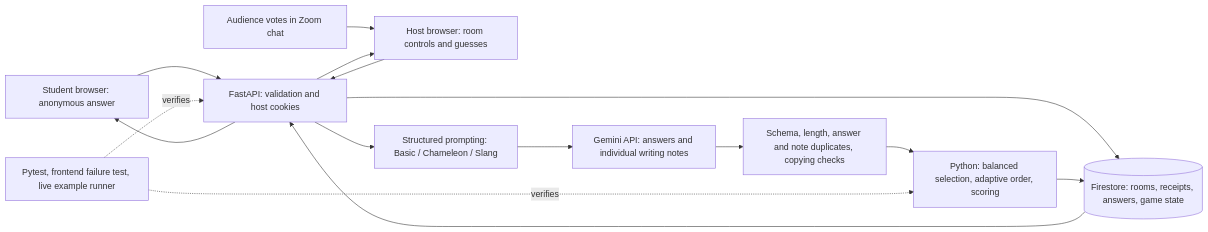
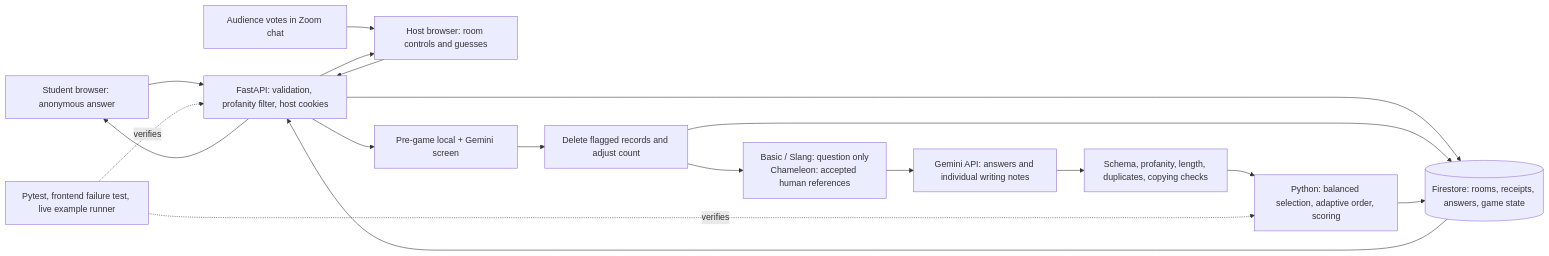
The diagram in diagrams/architecture.mmd (isalcedo1121/guess-the-human), drawn with Mermaid before and after one commit. The commit also changed 10 other files, not shown here.

```diff
--- a/diagrams/architecture.mmd
+++ b/diagrams/architecture.mmd
@@ -1,15 +1,18 @@
 flowchart LR
-  Student[Student browser: anonymous answer] --> API[FastAPI: validation and host cookies]
+  Student[Student browser: anonymous answer] --> API[FastAPI: validation, profanity filter, host cookies]
   Host[Host browser: room controls and guesses] --> API
   Audience[Audience votes in Zoom chat] --> Host
   API --> DB[(Firestore: rooms, receipts, answers, game state)]
-  API --> Generator[Structured prompting: Basic / Chameleon / Slang]
+  API --> Screen[Pre-game local + Gemini screen]
+  Screen --> Clean[Delete flagged records and adjust count]
+  Clean --> DB
+  Clean --> Generator["Basic / Slang: question only<br/>Chameleon: accepted human references"]
   Generator --> Gemini[Gemini API: answers and individual writing notes]
-  Gemini --> Guard[Schema, length, answer and note duplicates, copying checks]
+  Gemini --> Guard[Schema, profanity, length, duplicates, copying checks]
   Guard --> Logic[Python: balanced selection, adaptive order, scoring]
   Logic --> DB
   DB --> API
   API --> Host
   API --> Student
   Tests[Pytest, frontend failure test, live example runner] -. verifies .-> API
   Tests -. verifies .-> Logic
```
